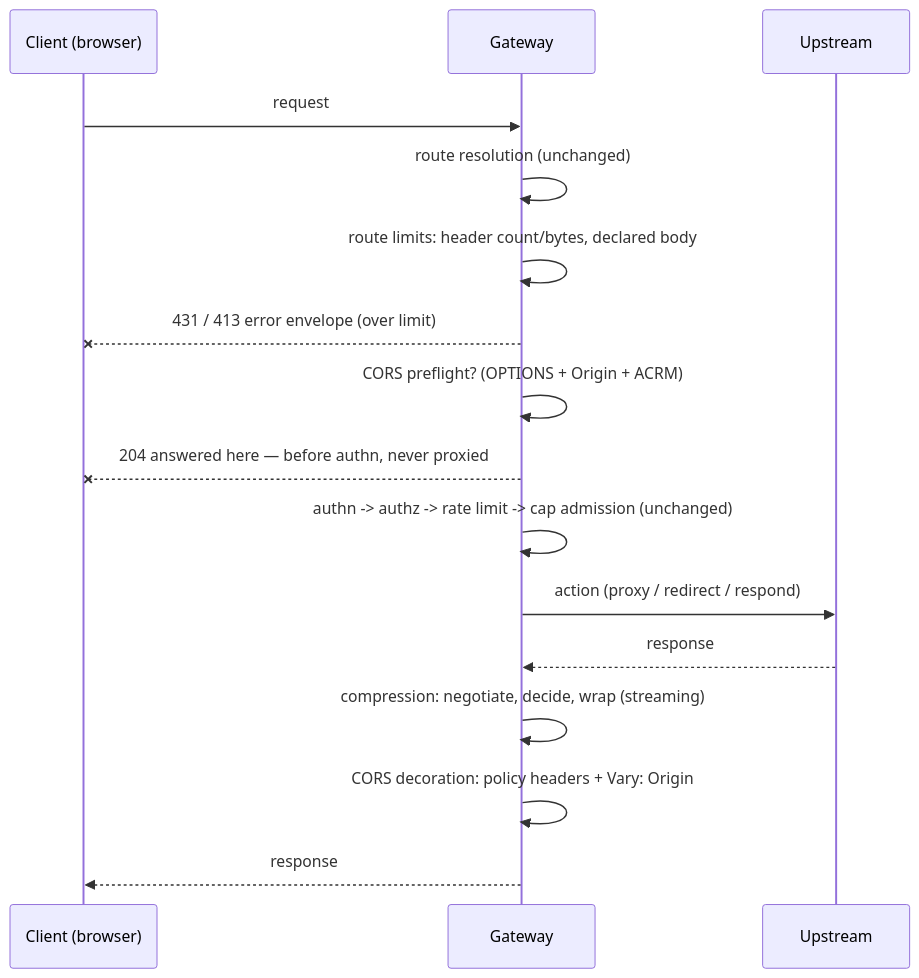
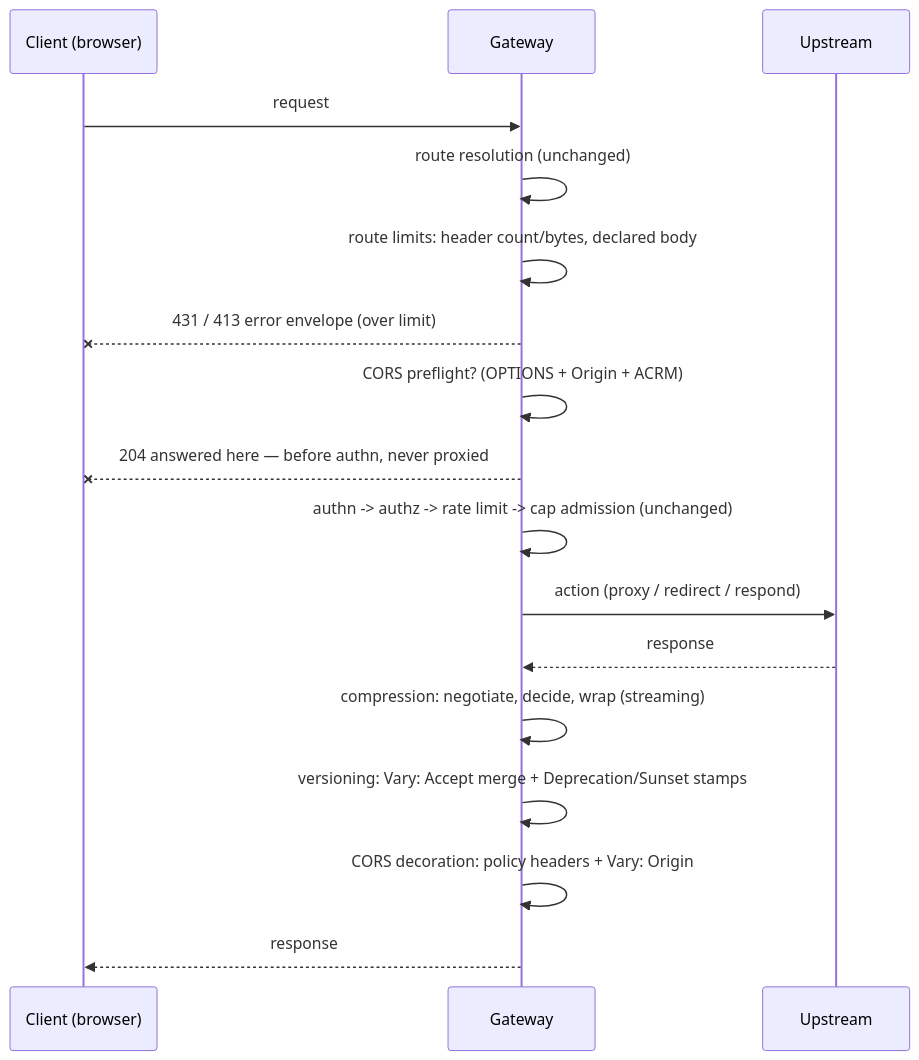
Before and after one commit to ShristiLabs/dwara: the diagram in docs/features/edge-policies.md, drawn with Mermaid. The commit also changed other lines of this file and 25 other files, not shown here.

````diff
--- a/docs/features/edge-policies.md
+++ b/docs/features/edge-policies.md
@@ -42,19 +42,20 @@
 ```mermaid
 sequenceDiagram
     participant C as Client (browser)
     participant G as Gateway
     participant U as Upstream
 
     C->>G: request
     G->>G: route resolution (unchanged)
     G->>G: route limits: header count/bytes, declared body
     G--xC: 431 / 413 error envelope (over limit)
     G->>G: CORS preflight? (OPTIONS + Origin + ACRM)
     G--xC: 204 answered here — before authn, never proxied
     G->>G: authn -> authz -> rate limit -> cap admission (unchanged)
     G->>U: action (proxy / redirect / respond)
     U-->>G: response
     G->>G: compression: negotiate, decide, wrap (streaming)
+    G->>G: versioning: Vary: Accept merge + Deprecation/Sunset stamps
     G->>G: CORS decoration: policy headers + Vary: Origin
     G-->>C: response
 ```
````
